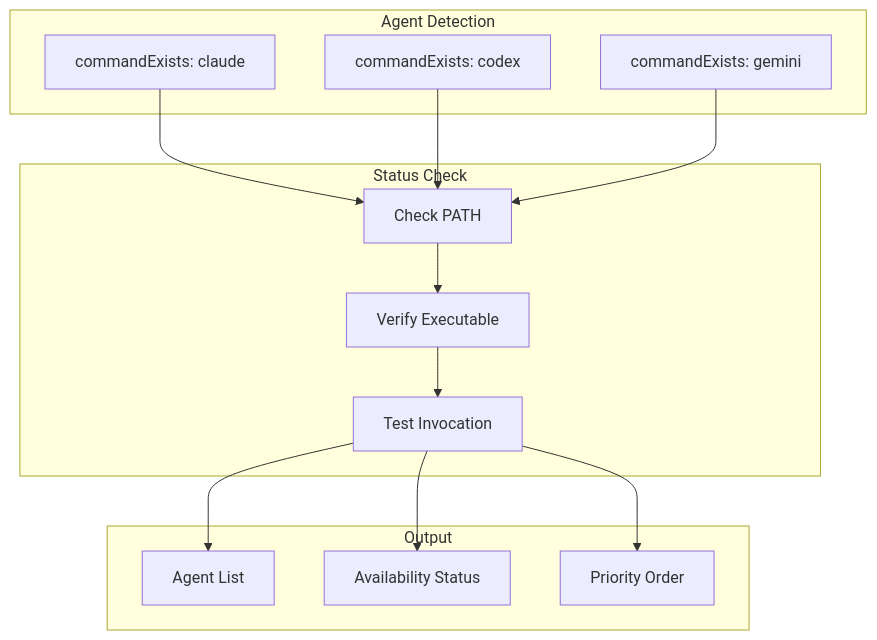
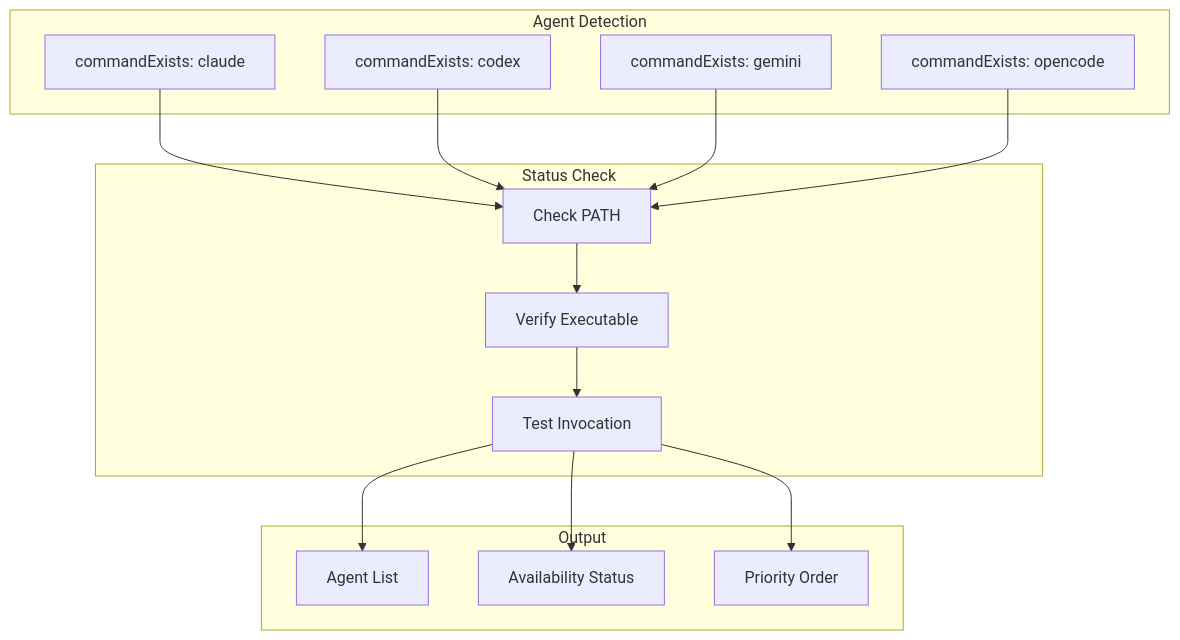
Before and after one commit to jerejones/agent-foreman: the second of 3 diagrams in docs/commands/agents.md, drawn with Mermaid. The commit also changed other lines of this file and 9 other files, not shown here.

````diff
--- a/docs/commands/agents.md
+++ b/docs/commands/agents.md
@@ -34,31 +34,33 @@
 ```mermaid
 graph TB
     subgraph Detection["Agent Detection"]
         A1[commandExists: claude]
         A2[commandExists: codex]
         A3[commandExists: gemini]
+        A4[commandExists: opencode]
     end
 
     subgraph Status["Status Check"]
         B1[Check PATH]
         B2[Verify Executable]
         B3[Test Invocation]
     end
 
     subgraph Output
         C1[Agent List]
         C2[Availability Status]
         C3[Priority Order]
     end
 
     A1 --> B1
     A2 --> B1
     A3 --> B1
+    A4 --> B1
 
     B1 --> B2
     B2 --> B3
 
     B3 --> C1
     B3 --> C2
     B3 --> C3
 ```
````
